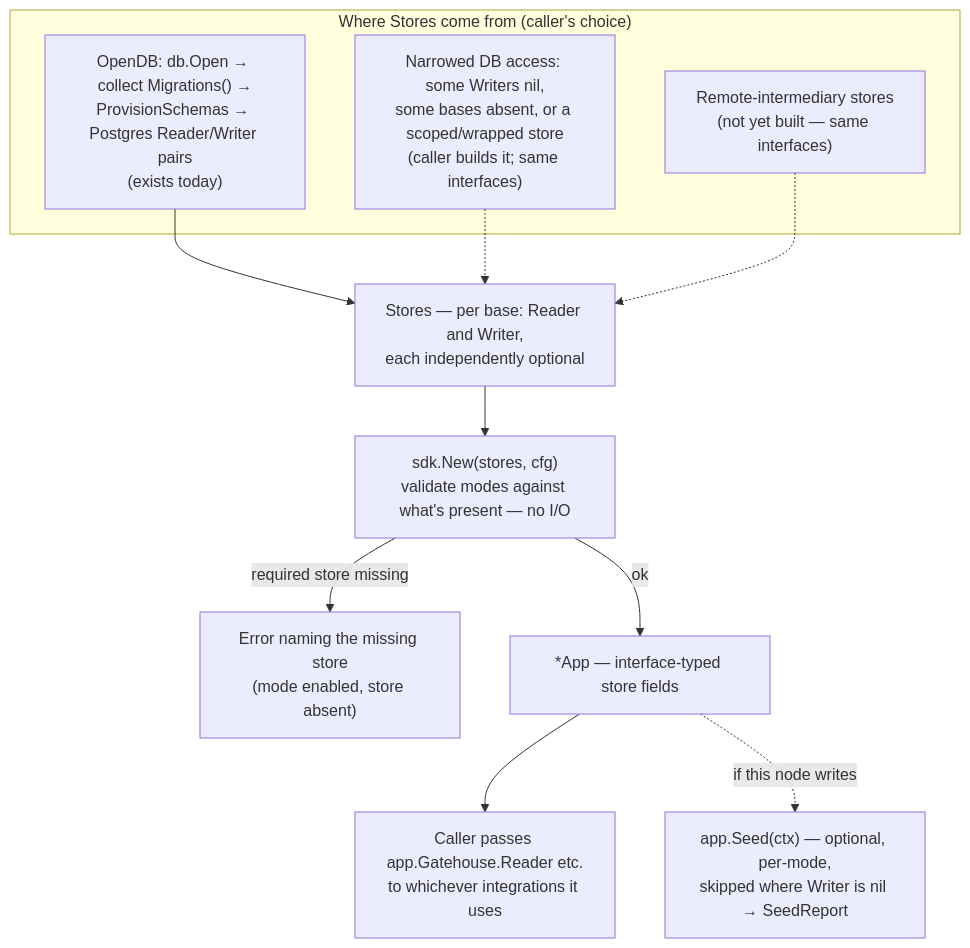
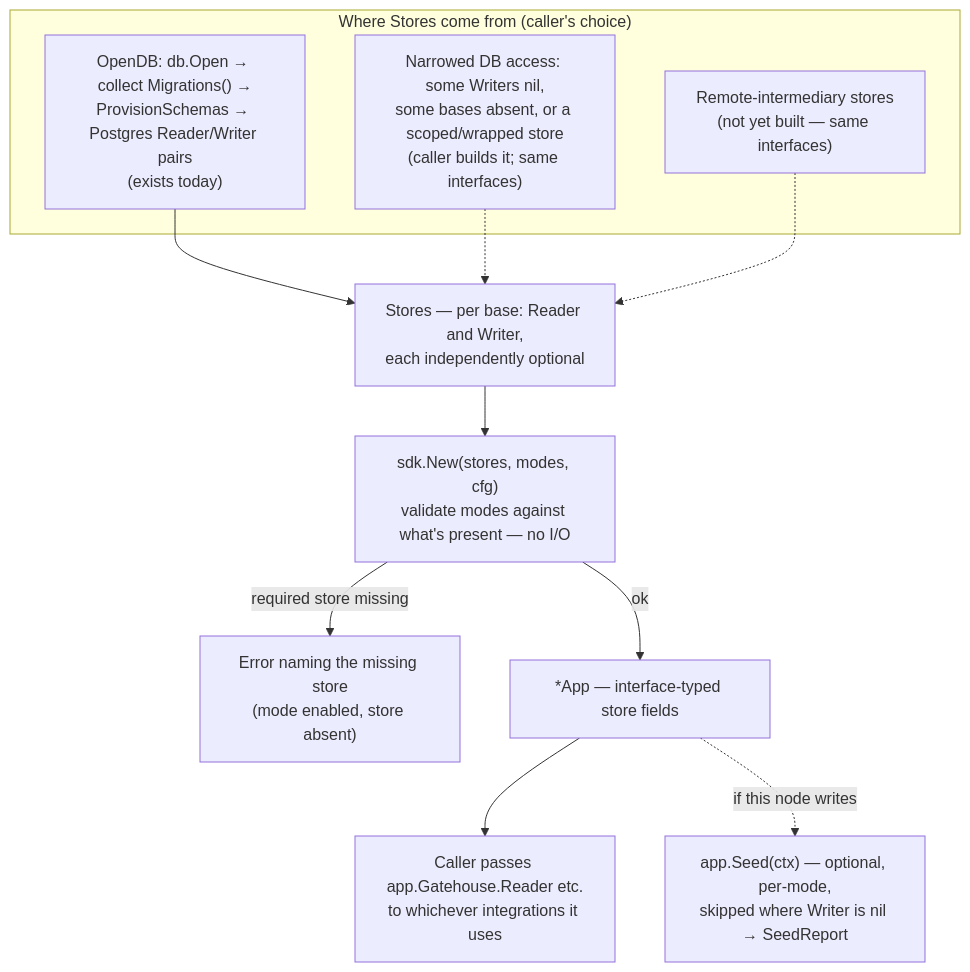
Before and after one commit to croge130/archipelago: the diagram in docs/architecture/17-sdk-model.md, drawn with Mermaid. The commit also changed other lines of this file and 13 other files, not shown here.

````diff
--- a/docs/architecture/17-sdk-model.md
+++ b/docs/architecture/17-sdk-model.md
@@ -124,23 +124,23 @@
 ```mermaid
 flowchart TB
     subgraph PROVIDERS["Where Stores come from (caller's choice)"]
         DBP["OpenDB: db.Open → collect Migrations() →<br/>ProvisionSchemas → Postgres Reader/Writer pairs<br/>(exists today)"]
         NARROW["Narrowed DB access: some Writers nil,<br/>some bases absent, or a scoped/wrapped store<br/>(caller builds it; same interfaces)"]
         REMOTE["Remote-intermediary stores<br/>(not yet built — same interfaces)"]
     end
     STORES["Stores — per base: Reader and Writer,<br/>each independently optional"]
-    NEW["sdk.New(stores, cfg)<br/>validate modes against what's present — no I/O"]
+    NEW["sdk.New(stores, modes, cfg)<br/>validate modes against what's present — no I/O"]
     ERR["Error naming the missing store<br/>(mode enabled, store absent)"]
     APP["*App — interface-typed store fields"]
     SEED["app.Seed(ctx) — optional, per-mode,<br/>skipped where Writer is nil → SeedReport"]
     CALLER["Caller passes app.Gatehouse.Reader etc.<br/>to whichever integrations it uses"]
 
     DBP --> STORES
     NARROW -.-> STORES
     REMOTE -.-> STORES
     STORES --> NEW
     NEW -- "required store missing" --> ERR
     NEW -- "ok" --> APP
     APP --> CALLER
     APP -. "if this node writes" .-> SEED
 ```
````
